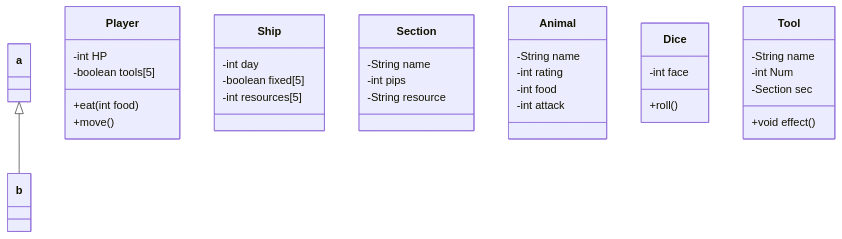
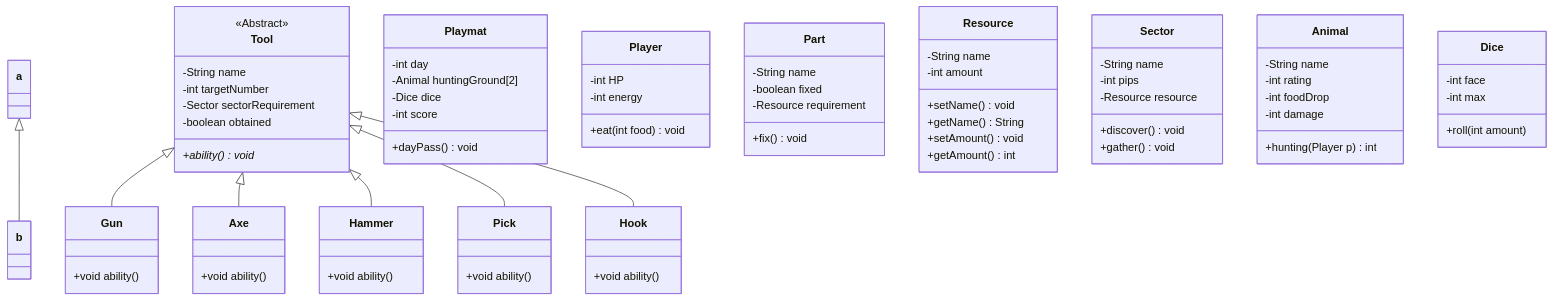
One commit to it64070101/planet-run changed the first of 12 diagrams in classDiagram.md. Above: the diagram before and after it, drawn with Mermaid. The commit also changed other lines of this file and 13 other files, not shown here.

````diff
--- a/classDiagram.md
+++ b/classDiagram.md
@@ -2,44 +3,99 @@
 classDiagram
 a <|-- b
 
+Tool <|-- Gun
+Tool <|-- Axe
+Tool <|-- Hammer
+Tool <|-- Pick
+Tool <|-- Hook
+
+class Playmat{
+    -int day
+    -Animal huntingGround[2]
+    -Dice dice
+    -int score
+
+    +dayPass() void
+}
+
 class Player{
     -int HP
-    -boolean tools[5]
+    -int energy
 
-    +eat(int food)
-    +move()
+    +eat(int food) void
 }
 
-class Ship{
-    -int day
-    -boolean fixed[5]
-    -int resources[5]
+class Part{
+    -String name
+    -boolean fixed
+    -Resource requirement
+
+    +fix() void
 }
 
-class Section{
+class Resource{
+    -String name
+    -int amount
+
+    +setName() void
+    +getName() String
+    +setAmount() void
+    +getAmount() int
+}
+
+class Sector{
     -String name
     -int pips
-    -String resource
+    -Resource resource
+
+    +discover() void
+    +gather() void
 }
 
 class Animal{
     -String name
     -int rating
-    -int food
-    -int attack
+    -int foodDrop
+    -int damage
+
+    +hunting(Player p) int
 }
 
 class Dice{
     -int face
+    -int max
 
-    +roll()
+    +roll(int amount)
 }
 
 class Tool{
+    <<Abstract>>
     -String name
-    -int Num
-    -Section sec
+    -int targetNumber
+    -Sector sectorRequirement
+    -boolean obtained
 
-    +void effect()
+    +ability()* void
 }
+
+class Gun{
+    +void ability()
+}
+
+class Axe{
+    +void ability()
+}
+
+class Hammer{
+    +void ability()
+}
+
+class Pick{
+    +void ability()
+}
+
+class Hook{
+    +void ability()
+}
+
 ```
````
